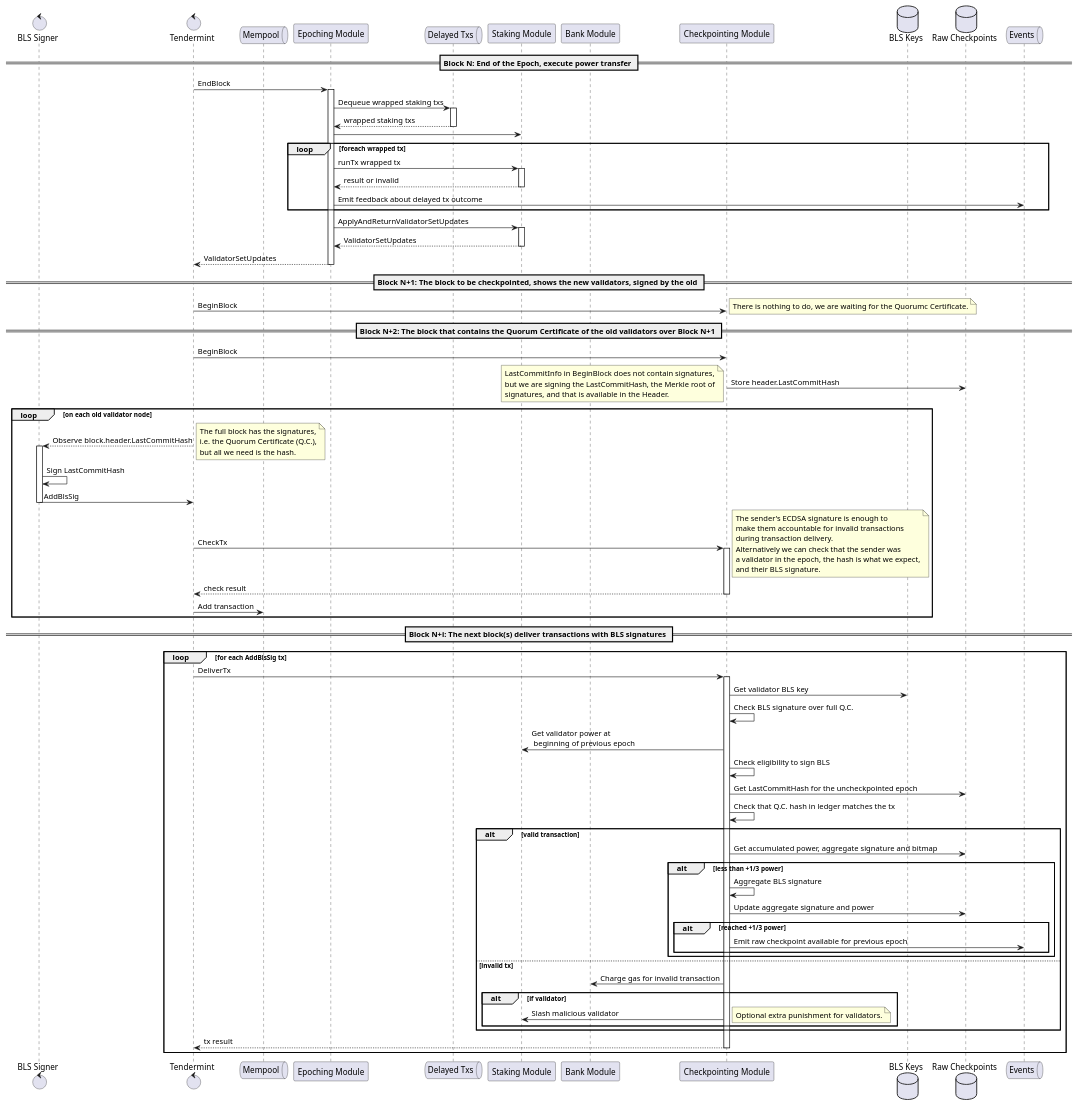
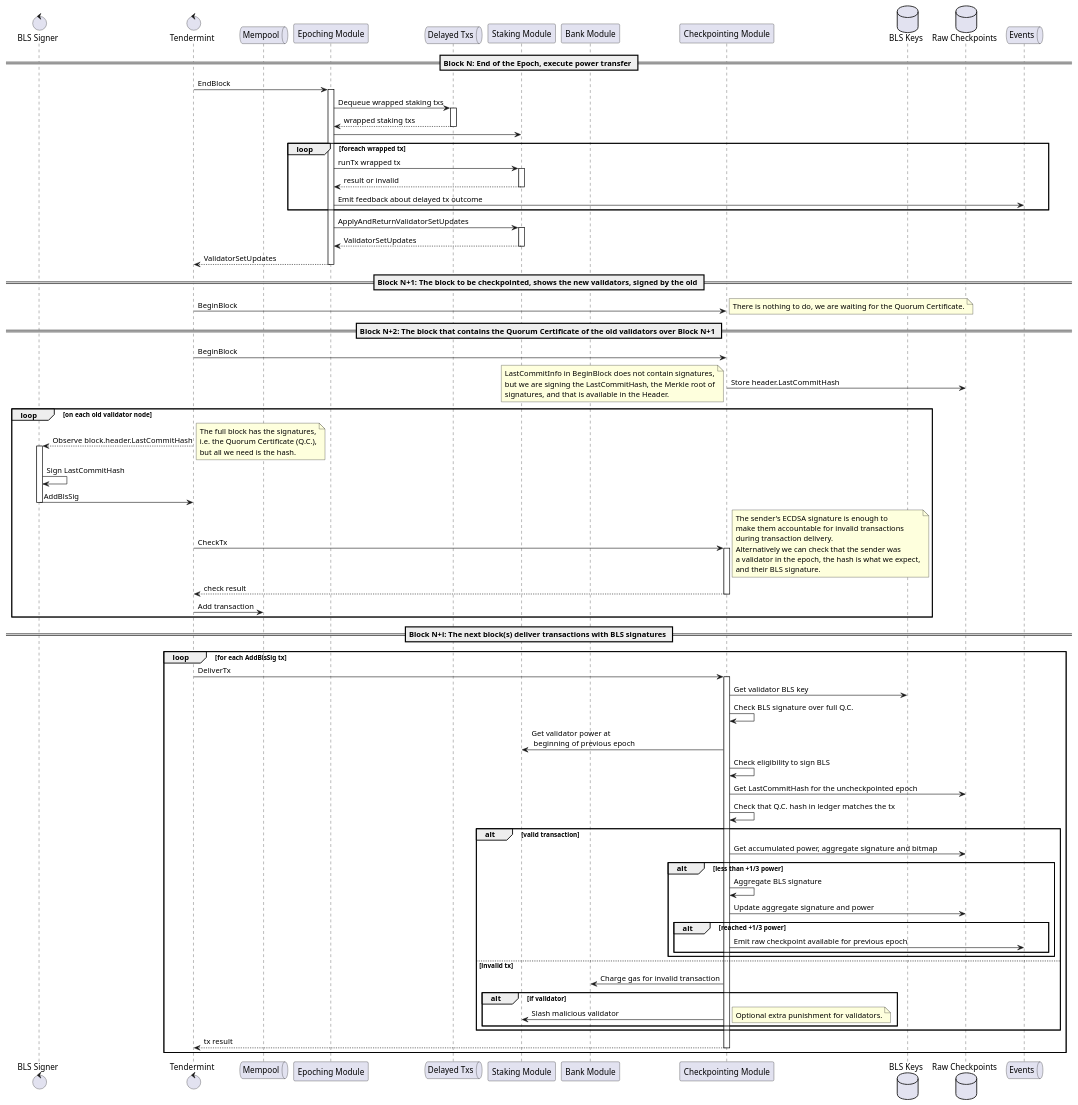
The diagram in docs/diagrams/create_raw_checkpoint.puml (babylonchain/babylon), drawn with PlantUML before and after one commit. The commit also changed 3 other files, not shown here.

```diff
--- a/docs/diagrams/create_raw_checkpoint.puml
+++ b/docs/diagrams/create_raw_checkpoint.puml
@@ -1,101 +1,101 @@
 @startuml Creating a Raw Checkpoint
 control     "BLS Signer"      as signer
 control     Tendermint
 queue       Mempool
 participant "Epoching Module" as epoching
 queue       "Delayed Txs"     as delayedtxs
 participant "Staking Module"  as staking
 participant "Bank Module"     as bank
 participant "Checkpointing Module" as checkpointing
 database    "BLS Keys"        as blskeys
 database    "Raw Checkpoints" as rawckpts
 queue       Events
 
 == Block N: End of the Epoch, execute power transfer ==
 
 Tendermint -> epoching ++ : EndBlock
 epoching -> delayedtxs ++ : Dequeue wrapped staking txs
 return wrapped staking txs
 epoching -> staking
 loop foreach wrapped tx
   epoching -> staking ++ : runTx wrapped tx
   return result or invalid
   epoching -> Events : Emit feedback about delayed tx outcome
 end
 epoching -> staking ++ : ApplyAndReturnValidatorSetUpdates
 return ValidatorSetUpdates
 return ValidatorSetUpdates
 
 == Block N+1: The block to be checkpointed, shows the new validators, signed by the old ==
 
 Tendermint -> checkpointing : BeginBlock
 note right
-  There is nothing to do, we are waiting for the Quorumc Certificate.
+  There is nothing to do, we are waiting for the Quorum Certificate.
 end note
 
 == Block N+2: The block that contains the Quorum Certificate of the old validators over Block N+1 ==
 
 Tendermint -> checkpointing : BeginBlock
 checkpointing -> rawckpts : Store header.LastCommitHash
 note left
   LastCommitInfo in BeginBlock does not contain signatures,
   but we are signing the LastCommitHash, the Merkle root of
   signatures, and that is available in the Header.
 end note
 
 loop on each old validator node
   Tendermint --> signer ++ : Observe block.header.LastCommitHash
   note right
     The full block has the signatures,
     i.e. the Quorum Certificate (Q.C.),
     but all we need is the hash.
   end note
   signer -> signer : Sign LastCommitHash
   signer -> Tendermint -- : AddBlsSig
   Tendermint -> checkpointing ++: CheckTx
   note right
     The sender's ECDSA signature is enough to
     make them accountable for invalid transactions
     during transaction delivery.
     Alternatively we can check that the sender was
     a validator in the epoch, the hash is what we expect,
     and their BLS signature.
   end note
   return check result
   Tendermint -> Mempool : Add transaction
 end
 
 == Block N+i: The next block(s) deliver transactions with BLS signatures ==
 
 loop for each AddBlsSig tx
   Tendermint -> checkpointing ++ : DeliverTx
   checkpointing -> blskeys : Get validator BLS key
   checkpointing -> checkpointing : Check BLS signature over full Q.C.
   checkpointing -> staking : Get validator power at \n beginning of previous epoch
   checkpointing -> checkpointing : Check eligibility to sign BLS
   checkpointing -> rawckpts : Get LastCommitHash for the uncheckpointed epoch
   checkpointing -> checkpointing : Check that Q.C. hash in ledger matches the tx
 
   alt valid transaction
     checkpointing -> rawckpts : Get accumulated power, aggregate signature and bitmap
     alt less than +1/3 power
       checkpointing -> checkpointing : Aggregate BLS signature
       checkpointing -> rawckpts : Update aggregate signature and power
       alt reached +1/3 power
         checkpointing -> Events : Emit raw checkpoint available for previous epoch
       end
     end
   else invalid tx
     checkpointing -> bank : Charge gas for invalid transaction
     alt if validator
       checkpointing -> staking : Slash malicious validator
       note right
         Optional extra punishment for validators.
       end note
     end
   end
 
   return tx result
 end
 
 @enduml
```
